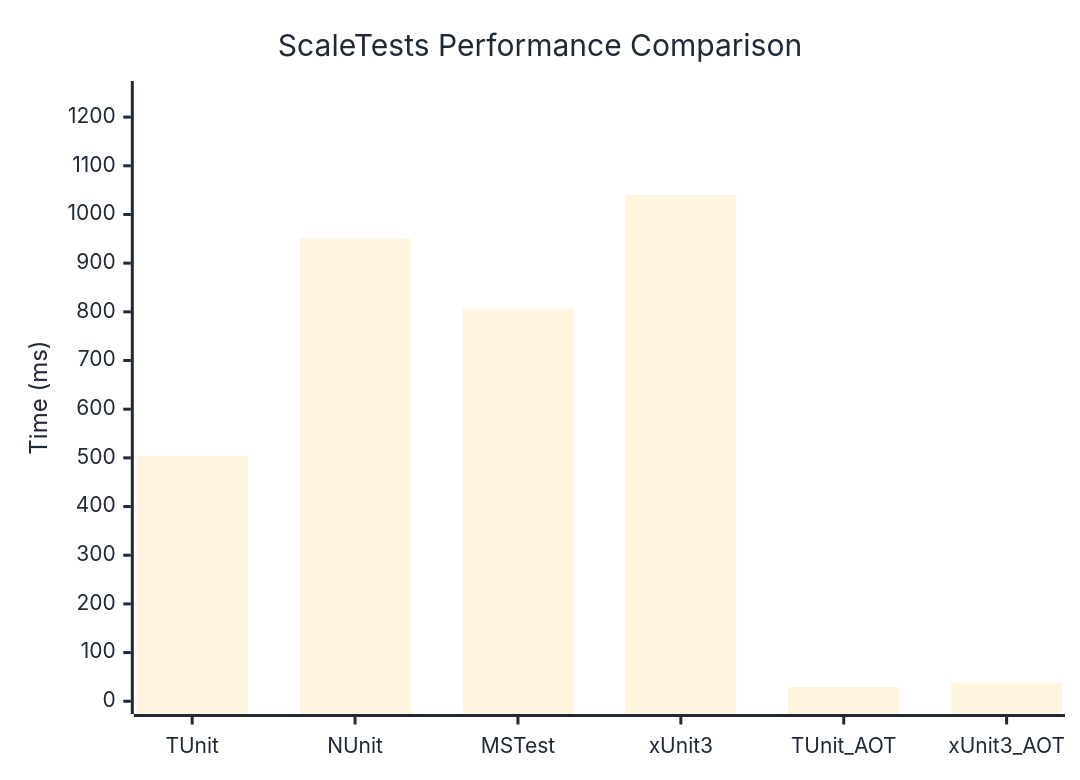
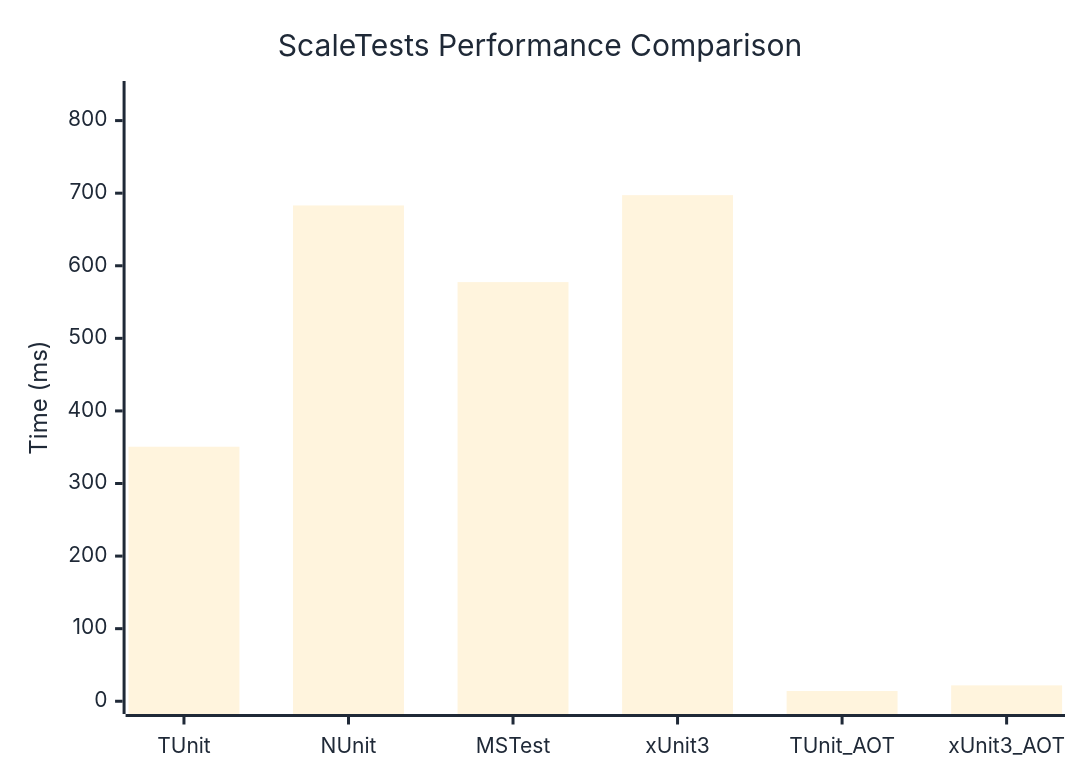
The diagram in docs/docs/benchmarks/engine/ScaleTests.md (thomhurst/TUnit), drawn with Mermaid before and after one commit. The commit also changed other lines of this file and 18 other files, not shown here.

````diff
--- a/docs/docs/benchmarks/engine/ScaleTests.md
+++ b/docs/docs/benchmarks/engine/ScaleTests.md
@@ -30,37 +30,37 @@
 ```mermaid
 %%{init: {
   'theme':'base',
   'themeVariables': {
     'primaryColor': '#2563eb',
     'primaryTextColor': '#1f2937',
     'primaryBorderColor': '#1e40af',
     'lineColor': '#6b7280',
     'secondaryColor': '#7c3aed',
     'tertiaryColor': '#dc2626',
     'background': '#ffffff',
     'mainBkg': '#2563eb',
     'secondBkg': '#7c3aed',
     'tertiaryBkg': '#dc2626',
     'clusterBkg': '#f3f4f6',
     'edgeLabelBackground': '#ffffff',
     'tertiaryTextColor': '#1f2937',
     'pie1': '#2563eb',
     'pie2': '#7c3aed',
     'pie3': '#dc2626',
     'pie4': '#f59e0b',
     'pie5': '#10b981',
     'pie6': '#06b6d4',
     'pie7': '#ec4899',
     'pie8': '#6366f1',
     'pie9': '#84cc16',
     'pie10': '#f97316',
     'pie11': '#14b8a6',
     'pie12': '#a855f7'
   }
 }}%%
 xychart-beta
   title "ScaleTests Performance Comparison"
   x-axis ["TUnit", "NUnit", "MSTest", "xUnit3", "TUnit_AOT", "xUnit3_AOT"]
-  y-axis "Time (ms)" 0 --> 1248
-  bar [504.6, 950.59, 806.55, 1039.88, 29.11, 37.88]
+  y-axis "Time (ms)" 0 --> 837
+  bar [350.66, 683.12, 577.51, 697.29, 14.14, 21.91]
 ```
````
